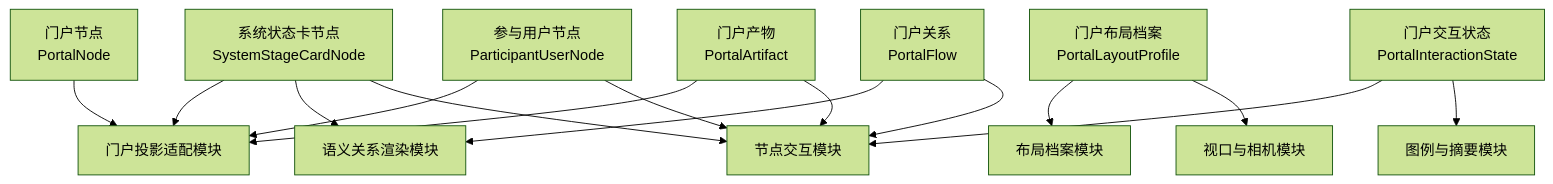
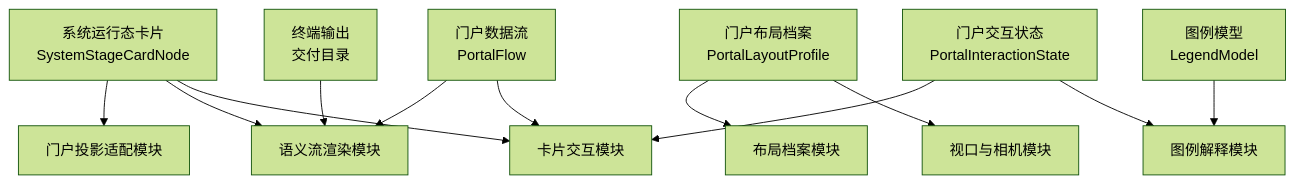
The third of 4 diagrams in DOC/CODEX_DOC/02_设计说明/P6_门户与平台入口/P6.1-首屏观察门户设计.md (wgwtest/CodeFactoryV2), drawn with Mermaid (forest theme) before and after one commit. The commit also changed other lines of this file and 94 other files, not shown here.

````diff
--- a/DOC/CODEX_DOC/02_设计说明/P6_门户与平台入口/P6.1-首屏观察门户设计.md
+++ b/DOC/CODEX_DOC/02_设计说明/P6_门户与平台入口/P6.1-首屏观察门户设计.md
@@ -430,17 +560,14 @@
 ```mermaid
 flowchart TD
-    O1["门户节点<br/>PortalNode"] --> M1["门户投影适配模块"]
-    O2["系统状态卡节点<br/>SystemStageCardNode"] --> M1
-    O2 --> M4["语义关系渲染模块"]
-    O2 --> M5["节点交互模块"]
-    O3["参与用户节点<br/>ParticipantUserNode"] --> M1
-    O3 --> M5
-    O4["门户关系<br/>PortalFlow"] --> M4
-    O4 --> M5
-    O5["门户产物<br/>PortalArtifact"] --> M1
-    O5 --> M5
-    O6["门户布局档案<br/>PortalLayoutProfile"] --> M3["布局档案模块"]
-    O6 --> M2["视口与相机模块"]
-    O7["门户交互状态<br/>PortalInteractionState"] --> M5
-    O7 --> M6["图例与摘要模块"]
+    O1["系统运行态卡片<br/>SystemStageCardNode"] --> M1["门户投影适配模块"]
+    O1 --> M4["语义流渲染模块"]
+    O1 --> M5["卡片交互模块"]
+    O2["门户数据流<br/>PortalFlow"] --> M4
+    O2 --> M5
+    O3["终端输出<br/>交付目录"] --> M4
+    O4["门户布局档案<br/>PortalLayoutProfile"] --> M3["布局档案模块"]
+    O4 --> M2["视口与相机模块"]
+    O5["门户交互状态<br/>PortalInteractionState"] --> M5
+    O5 --> M6["图例解释模块"]
+    O6["图例模型<br/>LegendModel"] --> M6
 ```
````
